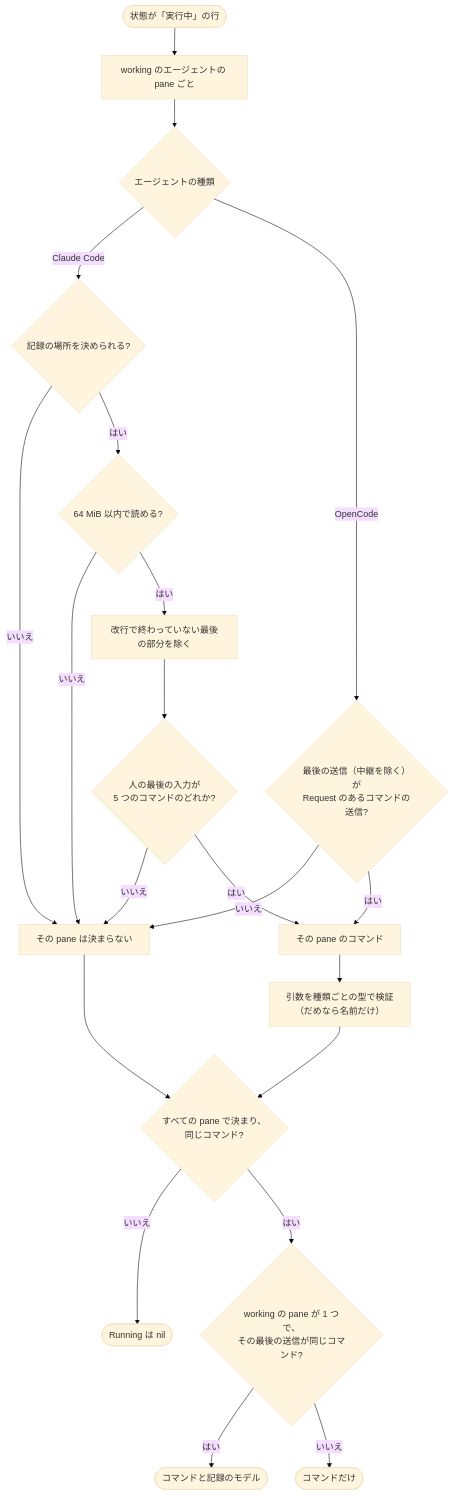
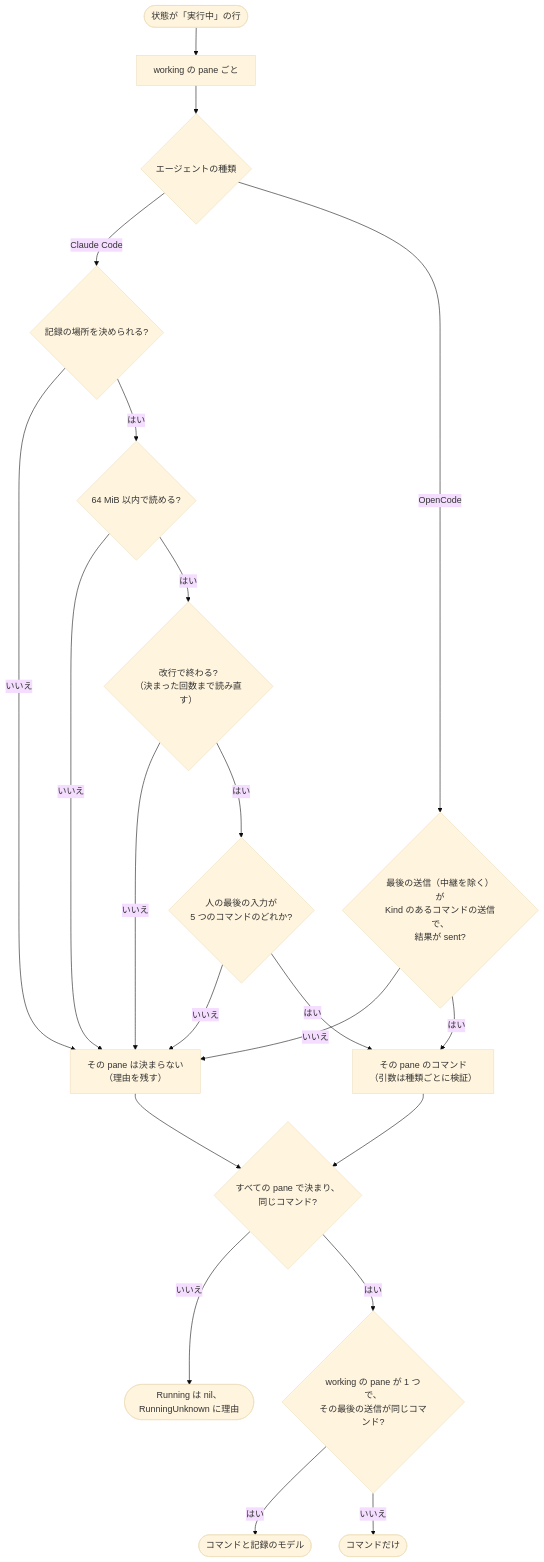
Before and after one commit to isseis/yt2column: the fifth of 6 diagrams in docs/tasks/0093_chief_status_sheet/02_architecture.md, drawn with Mermaid (base theme). The commit also changed other lines of this file and 1 other file, not shown here.

First line of the commit message:
docs(0093): address the architecture review and the Japanese prose pass

````diff
--- a/docs/tasks/0093_chief_status_sheet/02_architecture.md
+++ b/docs/tasks/0093_chief_status_sheet/02_architecture.md
@@ -582,23 +760,23 @@
 ```mermaid
 flowchart TD
-    Start(["状態が「実行中」の行"]) --> Each["working のエージェントの pane ごと"]
+    Start(["状態が「実行中」の行"]) --> Each["working の pane ごと"]
     Each --> Kind{"エージェントの種類"}
     Kind -->|"Claude Code"| Path{"記録の場所を決められる?"}
-    Path -->|"いいえ"| Unknown["その pane は決まらない"]
+    Path -->|"いいえ"| Unknown["その pane は決まらない<br>（理由を残す）"]
     Path -->|"はい"| ReadT{"64 MiB 以内で読める?"}
     ReadT -->|"いいえ"| Unknown
-    ReadT -->|"はい"| Trim["改行で終わっていない最後の部分を除く"]
-    Trim --> Last{"人の最後の入力が<br>5 つのコマンドのどれか?"}
+    ReadT -->|"はい"| Ends{"改行で終わる?<br>（決まった回数まで読み直す）"}
+    Ends -->|"いいえ"| Unknown
+    Ends -->|"はい"| Last{"人の最後の入力が<br>5 つのコマンドのどれか?"}
     Last -->|"いいえ"| Unknown
-    Last -->|"はい"| Got["その pane のコマンド"]
-    Kind -->|"OpenCode"| Rec{"最後の送信（中継を除く）が<br>Request のあるコマンドの送信?"}
+    Last -->|"はい"| Got["その pane のコマンド<br>（引数は種類ごとに検証）"]
+    Kind -->|"OpenCode"| Rec{"最後の送信（中継を除く）が<br>Kind のあるコマンドの送信で、<br>結果が sent?"}
     Rec -->|"いいえ"| Unknown
     Rec -->|"はい"| Got
-    Got --> Arg["引数を種類ごとの型で検証<br>（だめなら名前だけ）"]
-    Arg --> All{"すべての pane で決まり、<br>同じコマンド?"}
+    Got --> All{"すべての pane で決まり、<br>同じコマンド?"}
     Unknown --> All
-    All -->|"いいえ"| None(["Running は nil"])
+    All -->|"いいえ"| None(["Running は nil、RunningUnknown に理由"])
     All -->|"はい"| Model{"working の pane が 1 つで、<br>その最後の送信が同じコマンド?"}
     Model -->|"はい"| WithModel(["コマンドと記録のモデル"])
     Model -->|"いいえ"| NoModel(["コマンドだけ"])
 ```
````
